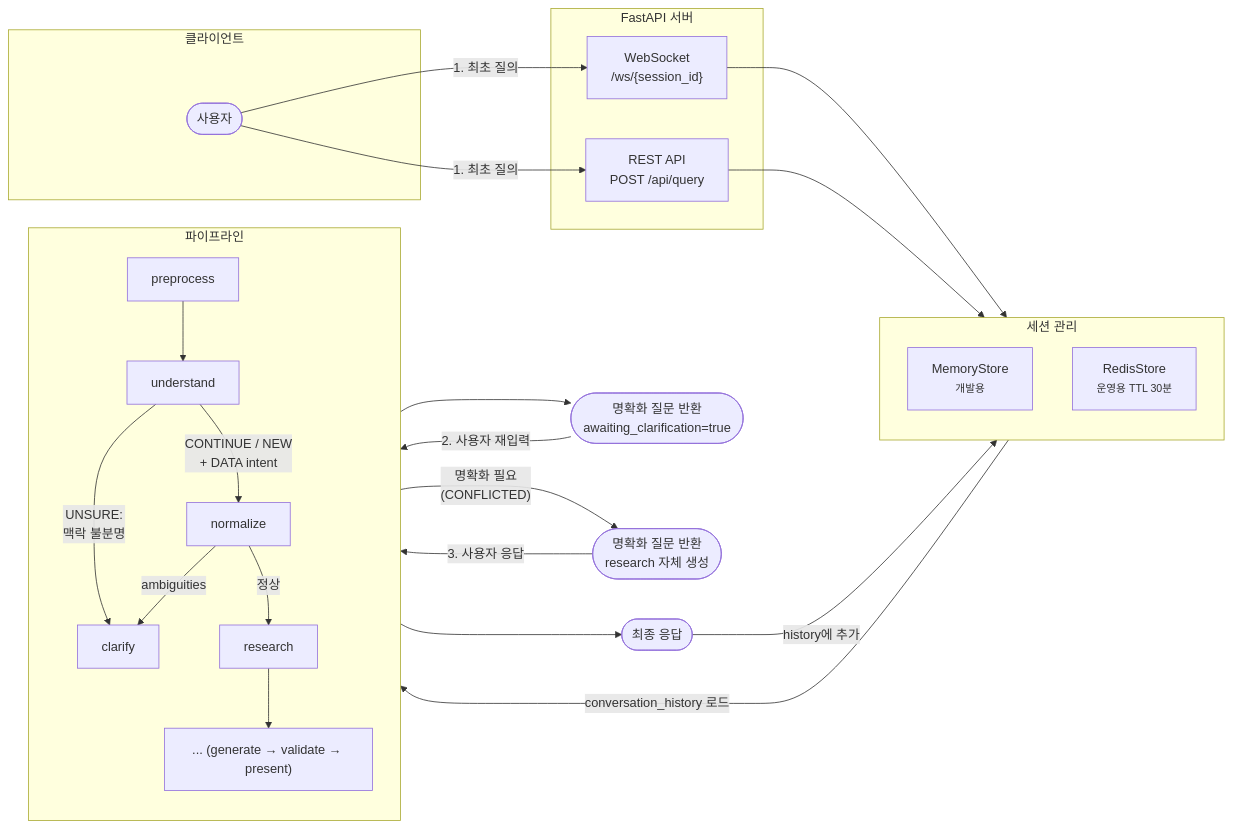
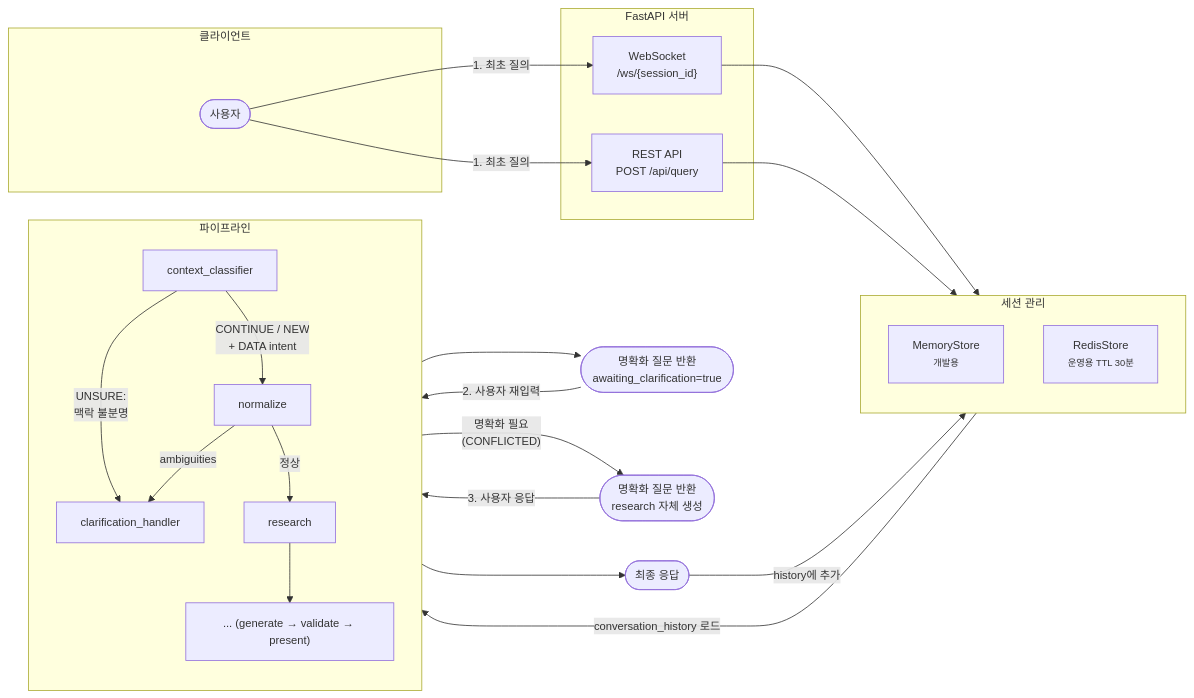
The second of 6 diagrams in docs/architecture/large-model-architecture.md (cheol-hee-han/data-copilot), drawn with Mermaid before and after one commit. The commit also changed other lines of this file and 254 other files, not shown here.

````diff
--- a/docs/architecture/large-model-architecture.md
+++ b/docs/architecture/large-model-architecture.md
@@ -688,48 +699,51 @@
 ```mermaid
+---
+config:
+  themeVariables:
+    fontSize: 14px
+---
 flowchart LR
     subgraph client["클라이언트"]
         USER([사용자])
     end
 
     subgraph server["FastAPI 서버"]
         WS["WebSocket<br/>/ws/{session_id}"]
         REST["REST API<br/>POST /api/query"]
     end
 
     subgraph session["세션 관리"]
         MEM["MemoryStore<br/><small>개발용</small>"]
         RED["RedisStore<br/><small>운영용 TTL 30분</small>"]
     end
 
     subgraph pipeline["파이프라인"]
         direction TB
-        PP["preprocess"]
-        UND["understand"]
+        UND["context_classifier"]
         NORM["normalize"]
-        CLR["clarify"]
+        CLR["clarification_handler"]
         RSR["research"]
         PIPE["... (generate → validate → present)"]
     end
 
     USER -->|"1. 최초 질의"| WS
     USER -->|"1. 최초 질의"| REST
     WS --> session
     REST --> session
-    session -->|"conversation_history 로드"| PP
+    session -->|"conversation_history 로드"| UND
 
-    PP --> UND
     UND -->|"UNSURE:<br/>맥락 불분명"| CLR
     CLR --> CLR_RESP(["명확화 질문 반환<br/>awaiting_clarification=true"])
-    CLR_RESP -->|"2. 사용자 재입력"| PP
+    CLR_RESP -->|"2. 사용자 재입력"| UND
 
     UND -->|"CONTINUE / NEW<br/>+ DATA intent"| NORM
     NORM -->|"ambiguities"| CLR
     NORM -->|정상| RSR
 
     RSR -->|"명확화 필요<br/>(CONFLICTED)"| RSR_CLR(["명확화 질문 반환<br/>research 자체 생성"])
-    RSR_CLR -->|"3. 사용자 응답"| PP
+    RSR_CLR -->|"3. 사용자 응답"| UND
 
     RSR --> PIPE
     PIPE --> RESP(["최종 응답"])
     RESP -->|"history에 추가"| session
 ```
````
